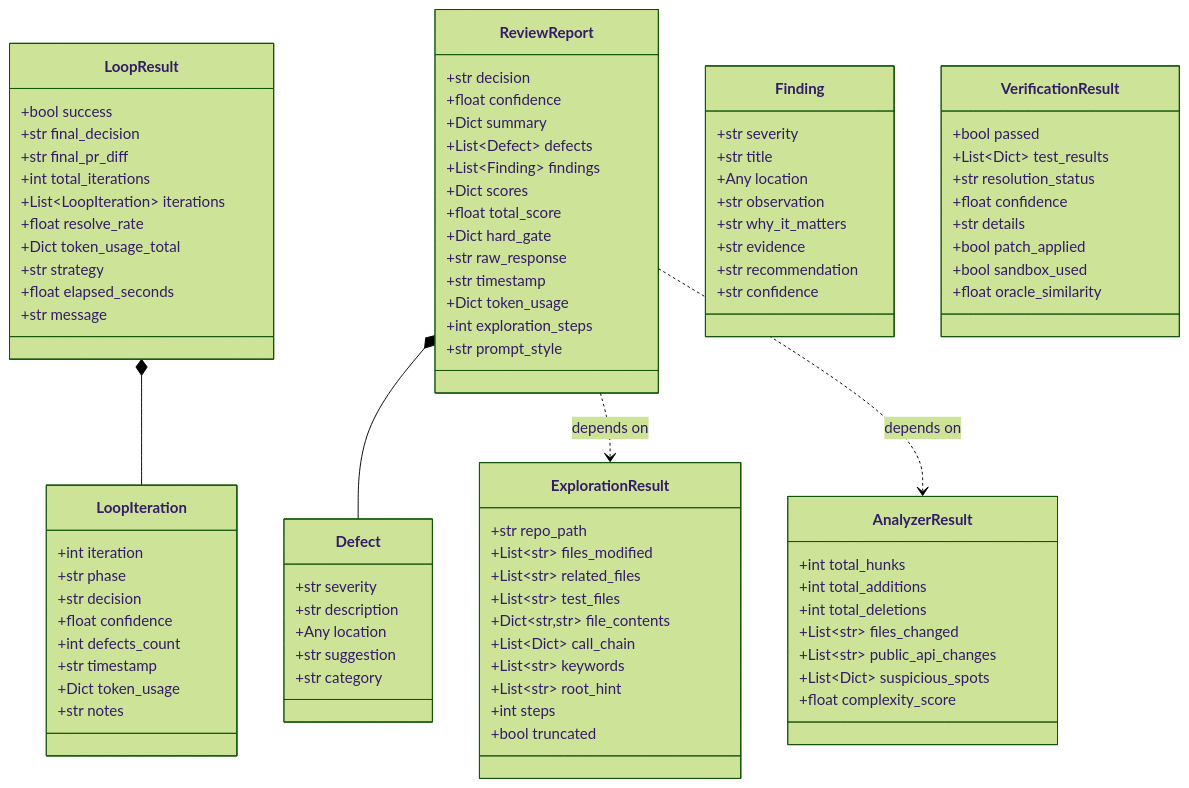
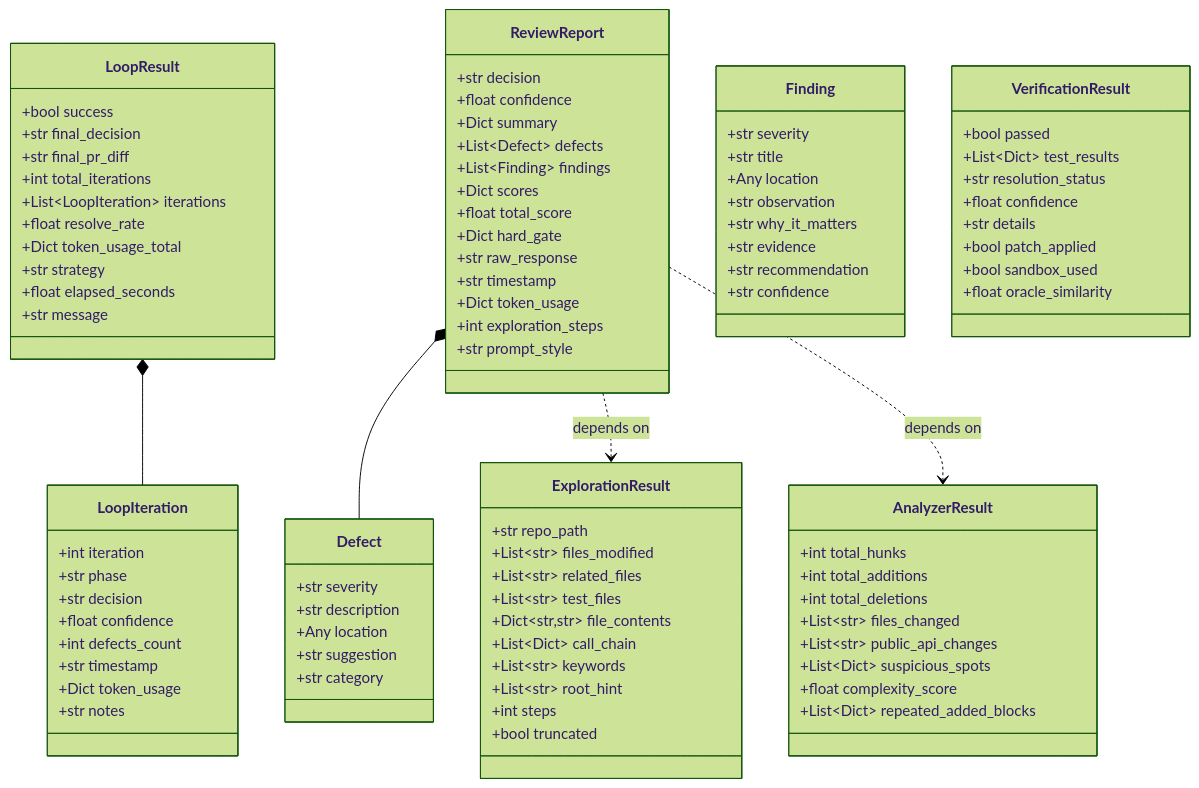
The eighth of 14 diagrams in README.md (KevinZhangNothing/swe-review-plugin), drawn with Mermaid (forest theme) before and after one commit. The commit also changed other lines of this file and 4 other files, not shown here.

```diff
--- a/README.md
+++ b/README.md
@@ -339,6 +339,7 @@
         +List~str~ public_api_changes
         +List~Dict~ suspicious_spots
         +float complexity_score
+        +List~Dict~ repeated_added_blocks
     }
 
     LoopResult *-- LoopIteration
```
